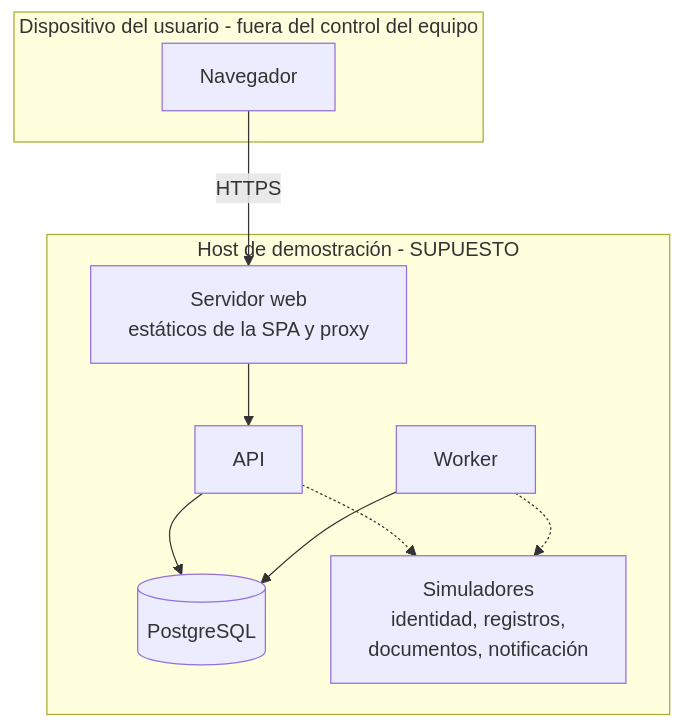
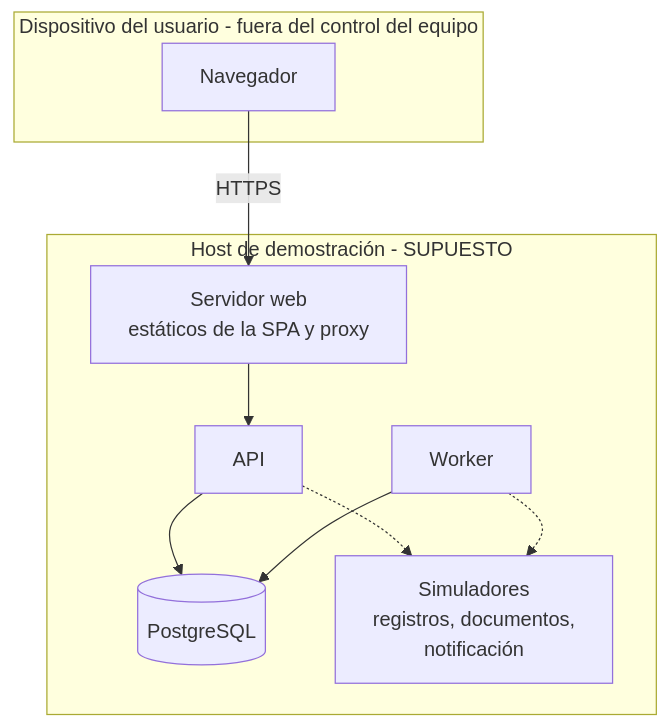
Before and after one commit to maxtrosy/internship-lifecycle-platform: the diagram in docs/evaluation-2/views/V-DEP-deployment.md, drawn with Mermaid. The commit also changed other lines of this file and 72 other files, not shown here.

````diff
--- a/docs/evaluation-2/views/V-DEP-deployment.md
+++ b/docs/evaluation-2/views/V-DEP-deployment.md
@@ -12,21 +12,21 @@
 ```mermaid
 flowchart TB
   subgraph UD["Dispositivo del usuario - fuera del control del equipo"]
     BR["Navegador"]
   end
 
   subgraph HOST["Host de demostración - SUPUESTO"]
     PX["Servidor web<br/>estáticos de la SPA y proxy"]
     API["API"]
     WRK["Worker"]
     DB[("PostgreSQL")]
-    MOCK["Simuladores<br/>identidad, registros,<br/>documentos, notificación"]
+    MOCK["Simuladores<br/>registros, documentos,<br/>notificación"]
   end
 
   BR -->|"HTTPS"| PX
   PX --> API
   API --> DB
   WRK --> DB
   API -.-> MOCK
   WRK -.-> MOCK
 ```
````
